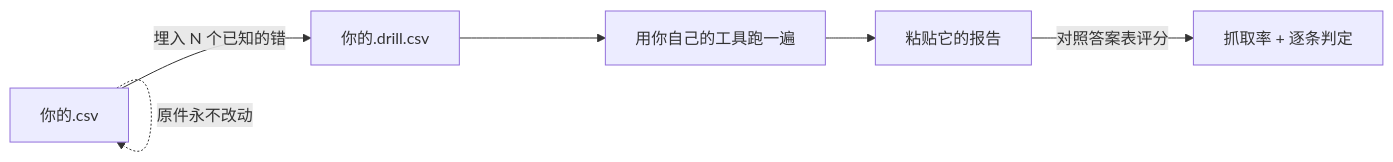
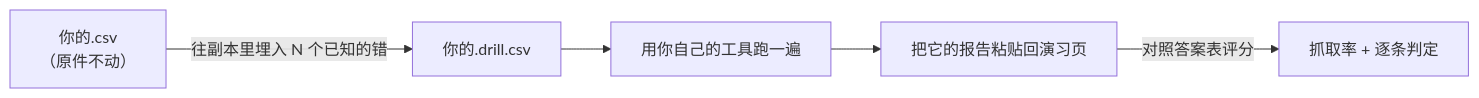
Before and after one commit to chutinaa/data-error-drill: the diagram in README.zh-CN.md, drawn with Mermaid. The commit also changed 1 other file, not shown here.

````diff
--- a/README.zh-CN.md
+++ b/README.zh-CN.md
@@ -13,8 +13,7 @@
 ```mermaid
 flowchart LR
-    A[你的.csv] -->|埋入 N 个已知的错| B[你的.drill.csv]
-    A -.->|原件永不改动| A
+    A["你的.csv<br/>（原件不动）"] -->|往副本里埋入 N 个已知的错| B[你的.drill.csv]
     B --> C[用你自己的工具跑一遍]
-    C --> D[粘贴它的报告]
+    C --> D[把它的报告粘贴回演习页]
     D -->|对照答案表评分| E["抓取率 + 逐条判定"]
 ```
````
